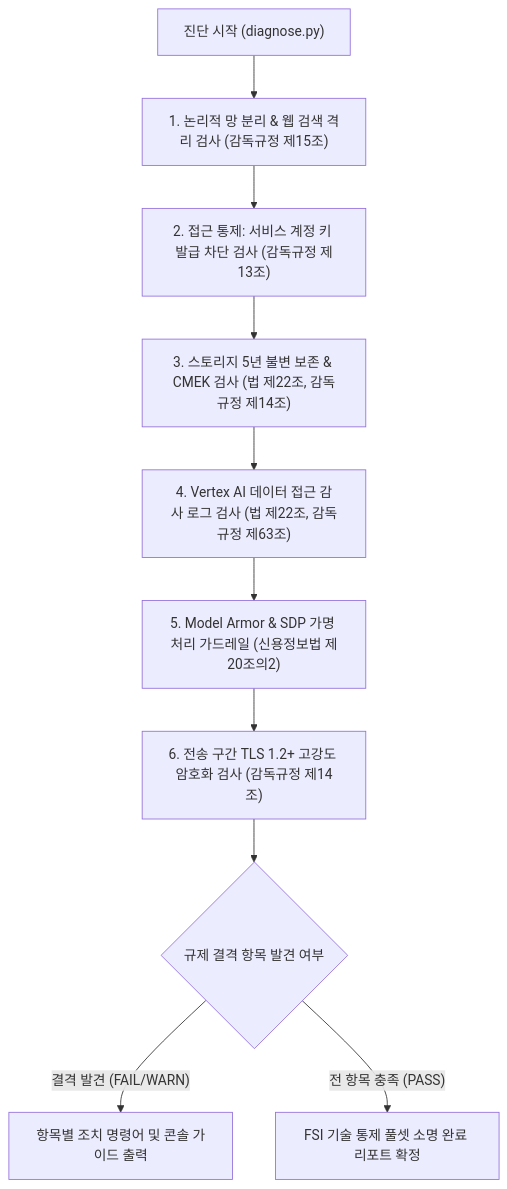
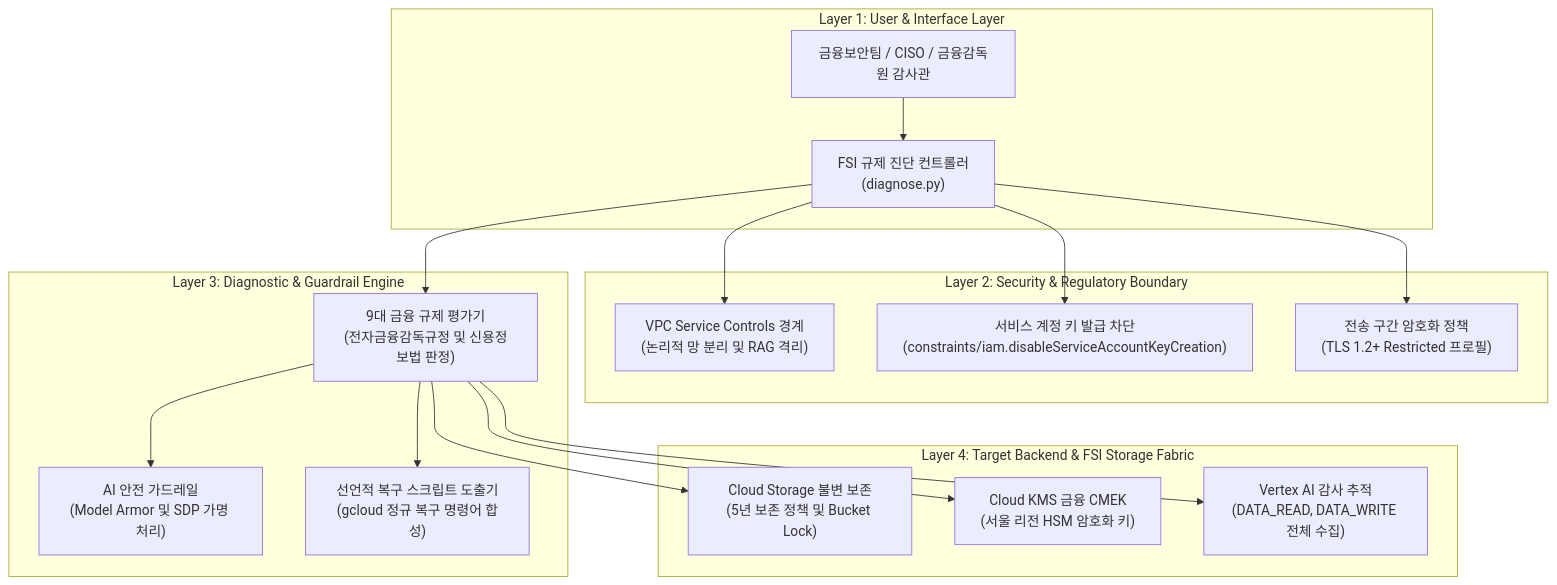
Before and after one commit to jiangjun-forge/google-cloud-0-to-1: the diagram in samples/korea-regulatory-perimeter-guard/README.md, drawn with Mermaid. The commit also changed other lines of this file and 16 other files, not shown here.

````diff
--- a/samples/korea-regulatory-perimeter-guard/README.md
+++ b/samples/korea-regulatory-perimeter-guard/README.md
@@ -72,12 +72,35 @@
 ```mermaid
 flowchart TD
-    A["진단 시작 (diagnose.py)"] --> B["1. 논리적 망 분리 & 웹 검색 격리 검사 (감독규정 제15조)"]
-    B --> C["2. 접근 통제: 서비스 계정 키 발급 차단 검사 (감독규정 제13조)"]
-    C --> D["3. 스토리지 5년 불변 보존 & CMEK 검사 (법 제22조, 감독규정 제14조)"]
-    D --> E["4. Vertex AI 데이터 접근 감사 로그 검사 (법 제22조, 감독규정 제63조)"]
-    E --> F["5. Model Armor & SDP 가명 처리 가드레일 (신용정보법 제20조의2)"]
-    F --> G["6. 전송 구간 TLS 1.2+ 고강도 암호화 검사 (감독규정 제14조)"]
-    G --> H{"규제 결격 항목 발견 여부"}
-    H -- "결격 발견 (FAIL/WARN)" --> I["항목별 조치 명령어 및 콘솔 가이드 출력"]
-    H -- "전 항목 충족 (PASS)" --> J["FSI 기술 통제 풀셋 소명 완료 리포트 확정"]
+    subgraph Layer1 ["Layer 1: User & Interface Layer"]
+        Auditor["금융보안팀 / CISO / 금융감독원 감사관"]
+        CLI["FSI 규제 진단 컨트롤러<br/>(diagnose.py)"]
+        Auditor --> CLI
+    end
+
+    subgraph Layer2 ["Layer 2: Security & Regulatory Boundary"]
+        VPCSC["VPC Service Controls 경계<br/>(논리적 망 분리 및 RAG 격리)"]
+        OrgPolicy["서비스 계정 키 발급 차단<br/>(constraints/iam.disableServiceAccountKeyCreation)"]
+        SSLPolicy["전송 구간 암호화 정책<br/>(TLS 1.2+ Restricted 프로필)"]
+        CLI --> VPCSC
+        CLI --> OrgPolicy
+        CLI --> SSLPolicy
+    end
+
+    subgraph Layer3 ["Layer 3: Diagnostic & Guardrail Engine"]
+        FSIEngine["9대 금융 규제 평가기<br/>(전자금융감독규정 및 신용정보법 판정)"]
+        ModelArmor["AI 안전 가드레일<br/>(Model Armor 및 SDP 가명 처리)"]
+        Remediator["선언적 복구 스크립트 도출기<br/>(gcloud 정규 복구 명령어 합성)"]
+        CLI --> FSIEngine
+        FSIEngine --> ModelArmor
+        FSIEngine --> Remediator
+    end
+
+    subgraph Layer4 ["Layer 4: Target Backend & FSI Storage Fabric"]
+        GCSLock["Cloud Storage 불변 보존<br/>(5년 보존 정책 및 Bucket Lock)"]
+        KMSCMEK["Cloud KMS 금융 CMEK<br/>(서울 리전 HSM 암호화 키)"]
+        VertexAudit["Vertex AI 감사 추적<br/>(DATA_READ, DATA_WRITE 전체 수집)"]
+        FSIEngine --> GCSLock
+        FSIEngine --> KMSCMEK
+        FSIEngine --> VertexAudit
+    end
 ```
````
